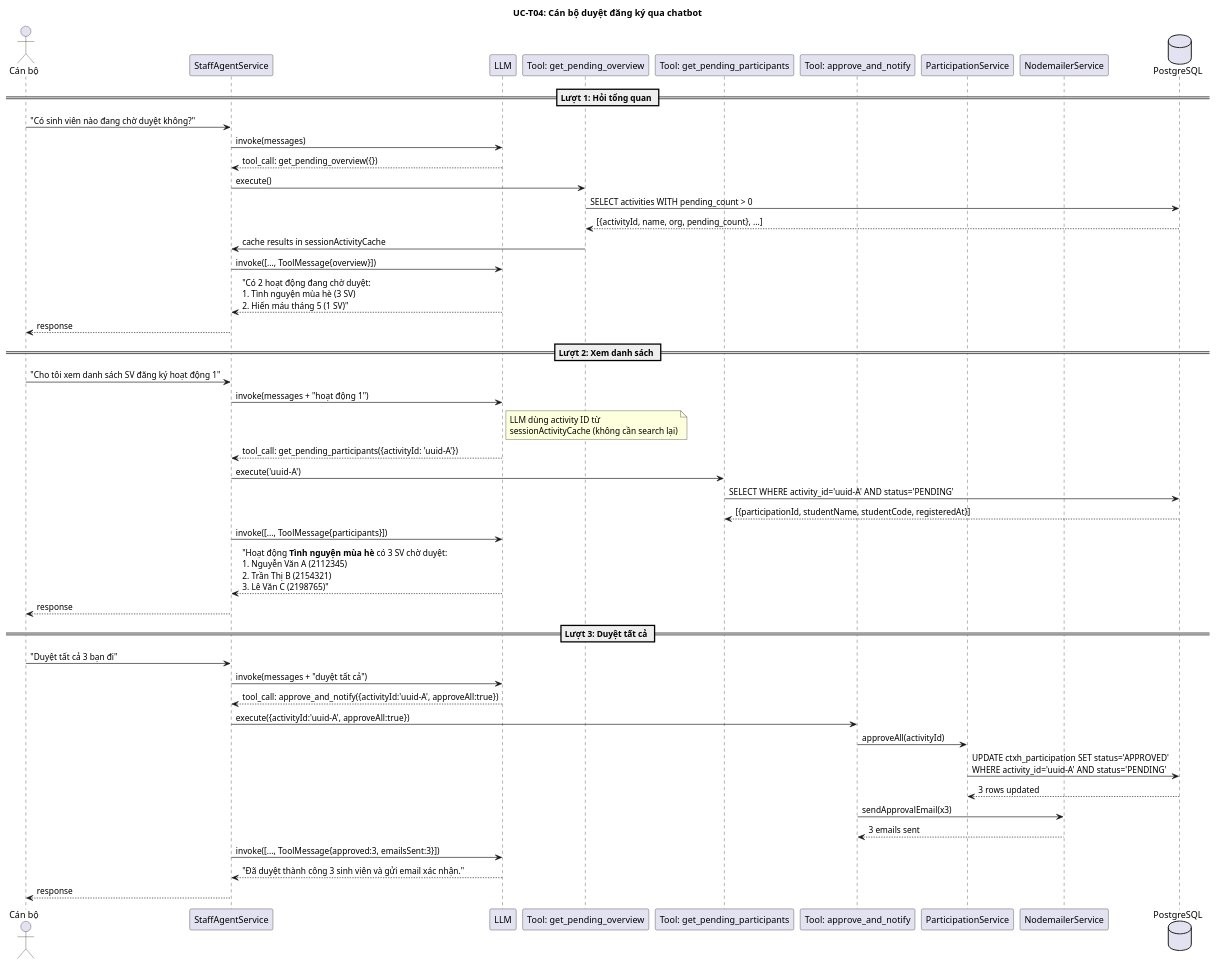
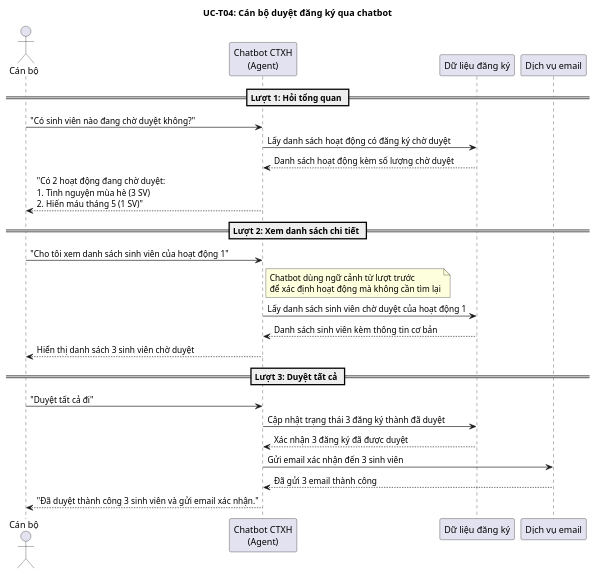
The sixth of 10 diagrams in mechanism/Duy/chatbot/CHATBOT_FLOW_DOCUMENTATION.md (Suyq017/doanhoi-portal), drawn with PlantUML before and after one commit. The commit also changed other lines of this file and 43 other files, not shown here.

````diff
--- a/mechanism/Duy/chatbot/CHATBOT_FLOW_DOCUMENTATION.md
+++ b/mechanism/Duy/chatbot/CHATBOT_FLOW_DOCUMENTATION.md
@@ -594,57 +377,35 @@
 ```plantuml
 @startuml Staff_Approve_Sequence
 title UC-T04: Cán bộ duyệt đăng ký qua chatbot
 
 actor "Cán bộ" as Staff
-participant "StaffAgentService" as SA
-participant "LLM" as LLM
-participant "Tool: get_pending_overview" as GPO
-participant "Tool: get_pending_participants" as GPP
-participant "Tool: approve_and_notify" as AAN
-participant "ParticipationService" as PS
-participant "NodemailerService" as Mail
-database "PostgreSQL" as DB
+participant "Chatbot CTXH\n(Agent)" as Bot
+participant "Dữ liệu đăng ký" as Data
+participant "Dịch vụ email" as Mail
 
 == Lượt 1: Hỏi tổng quan ==
-Staff -> SA: "Có sinh viên nào đang chờ duyệt không?"
-SA -> LLM: invoke(messages)
-LLM --> SA: tool_call: get_pending_overview({})
-SA -> GPO: execute()
-GPO -> DB: SELECT activities WITH pending_count > 0
-DB --> GPO: [{activityId, name, org, pending_count}, ...]
-GPO -> SA: cache results in sessionActivityCache
-SA -> LLM: invoke([..., ToolMessage{overview}])
-LLM --> SA: "Có 2 hoạt động đang chờ duyệt:\n1. Tình nguyện mùa hè (3 SV)\n2. Hiến máu tháng 5 (1 SV)"
-SA --> Staff: response
+Staff -> Bot: "Có sinh viên nào đang chờ duyệt không?"
+Bot -> Data: Lấy danh sách hoạt động có đăng ký chờ duyệt
+Data --> Bot: Danh sách hoạt động kèm số lượng chờ duyệt
+Bot --> Staff: "Có 2 hoạt động đang chờ duyệt:\n1. Tình nguyện mùa hè (3 SV)\n2. Hiến máu tháng 5 (1 SV)"
 
-== Lượt 2: Xem danh sách ==
-Staff -> SA: "Cho tôi xem danh sách SV đăng ký hoạt động 1"
-SA -> LLM: invoke(messages + "hoạt động 1")
-note right of LLM
-  LLM dùng activity ID từ
-  sessionActivityCache (không cần search lại)
+== Lượt 2: Xem danh sách chi tiết ==
+Staff -> Bot: "Cho tôi xem danh sách sinh viên của hoạt động 1"
+note right of Bot
+  Chatbot dùng ngữ cảnh từ lượt trước
+  để xác định hoạt động mà không cần tìm lại
 end note
-LLM --> SA: tool_call: get_pending_participants({activityId: 'uuid-A'})
-SA -> GPP: execute('uuid-A')
-GPP -> DB: SELECT WHERE activity_id='uuid-A' AND status='PENDING'
-DB --> GPP: [{participationId, studentName, studentCode, registeredAt}]
-SA -> LLM: invoke([..., ToolMessage{participants}])
-LLM --> SA: "Hoạt động **Tình nguyện mùa hè** có 3 SV chờ duyệt:\n1. Nguyễn Văn A (2112345)\n2. Trần Thị B (2154321)\n3. Lê Văn C (2198765)"
-SA --> Staff: response
+Bot -> Data: Lấy danh sách sinh viên chờ duyệt của hoạt động 1
+Data --> Bot: Danh sách sinh viên kèm thông tin cơ bản
+Bot --> Staff: Hiển thị danh sách 3 sinh viên chờ duyệt
 
 == Lượt 3: Duyệt tất cả ==
-Staff -> SA: "Duyệt tất cả 3 bạn đi"
-SA -> LLM: invoke(messages + "duyệt tất cả")
-LLM --> SA: tool_call: approve_and_notify({activityId:'uuid-A', approveAll:true})
-SA -> AAN: execute({activityId:'uuid-A', approveAll:true})
-AAN -> PS: approveAll(activityId)
-PS -> DB: UPDATE ctxh_participation SET status='APPROVED'\nWHERE activity_id='uuid-A' AND status='PENDING'
-DB --> PS: 3 rows updated
-AAN -> Mail: sendApprovalEmail(x3)
-Mail --> AAN: 3 emails sent
-SA -> LLM: invoke([..., ToolMessage{approved:3, emailsSent:3}])
-LLM --> SA: "Đã duyệt thành công 3 sinh viên và gửi email xác nhận."
-SA --> Staff: response
+Staff -> Bot: "Duyệt tất cả đi"
+Bot -> Data: Cập nhật trạng thái 3 đăng ký thành đã duyệt
+Data --> Bot: Xác nhận 3 đăng ký đã được duyệt
+Bot -> Mail: Gửi email xác nhận đến 3 sinh viên
+Mail --> Bot: Đã gửi 3 email thành công
+Bot --> Staff: "Đã duyệt thành công 3 sinh viên và gửi email xác nhận."
 
 @enduml
 ```
````
